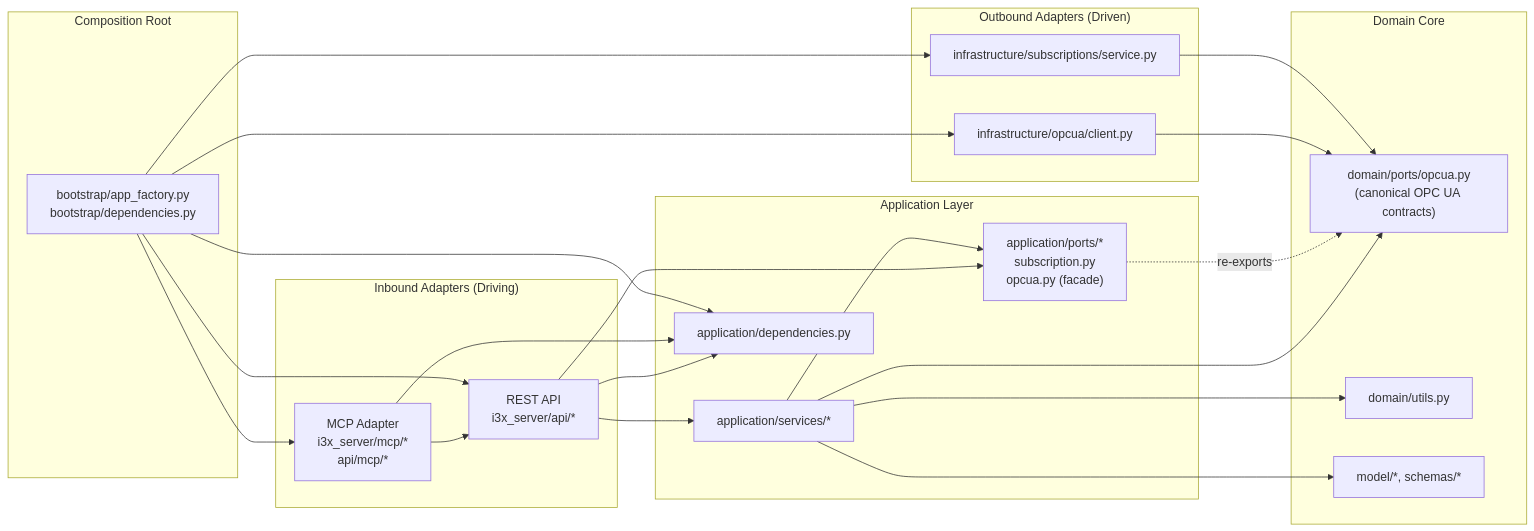
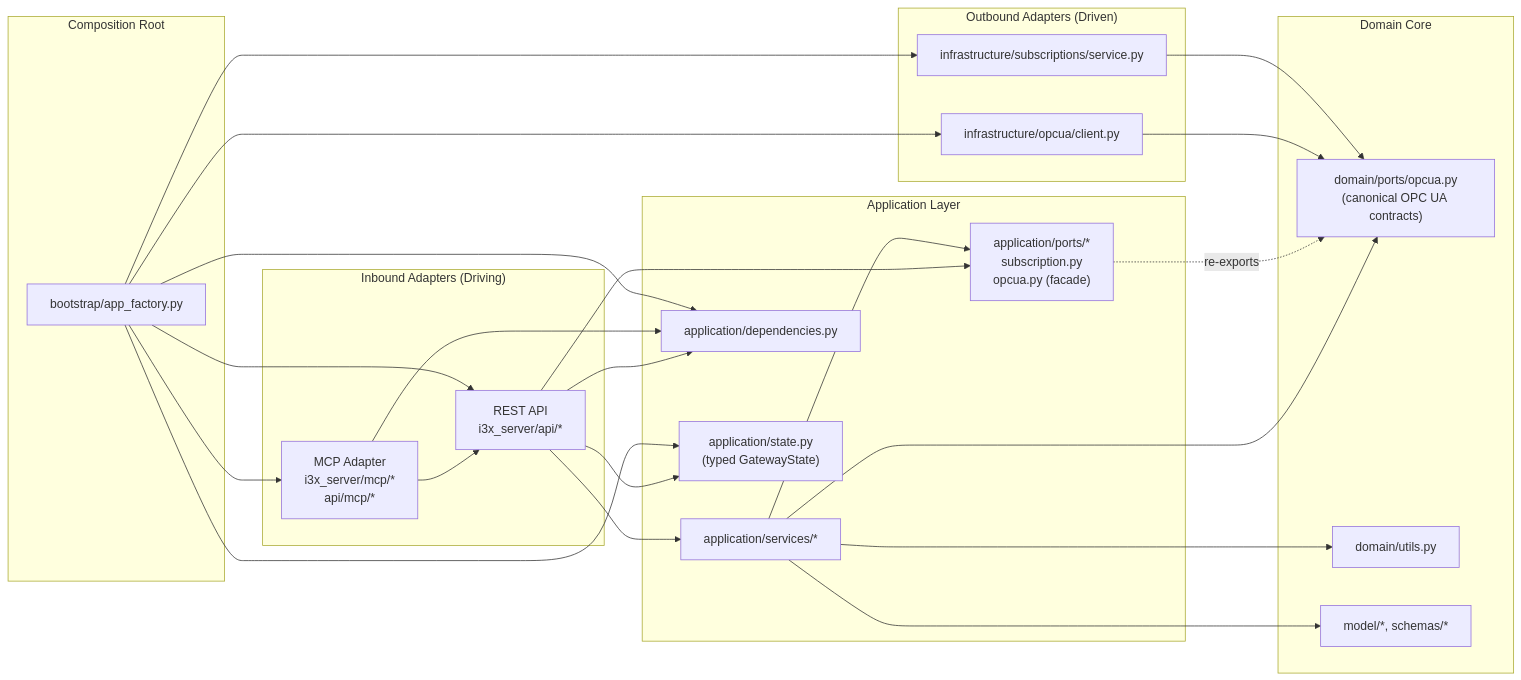
The diagram in docs/architecture.md (AndreasHeine/i3x2ua), drawn with Mermaid before and after one commit. The commit also changed other lines of this file and 38 other files, not shown here.

First line of the commit message:
PR-10: typed app state container + bootstrap layer contract (Phase 10)

````diff
--- a/docs/architecture.md
+++ b/docs/architecture.md
@@ -9,50 +9,53 @@
 ```mermaid
 graph LR
 	subgraph Inbound["Inbound Adapters (Driving)"]
 		REST["REST API\ni3x_server/api/*"]
 		MCP["MCP Adapter\ni3x_server/mcp/*\napi/mcp/*"]
 	end
 
 	subgraph Bootstrap["Composition Root"]
-		BOOT["bootstrap/app_factory.py\nbootstrap/dependencies.py"]
+		BOOT["bootstrap/app_factory.py"]
 	end
 
 	subgraph App["Application Layer"]
 		APP_SVC["application/services/*"]
 		APP_DEP["application/dependencies.py"]
+		APP_STATE["application/state.py\n(typed GatewayState)"]
 		APP_PORTS["application/ports/*\nsubscription.py\nopcua.py (facade)"]
 	end
 
 	subgraph Domain["Domain Core"]
 		DOM_PORTS["domain/ports/opcua.py\n(canonical OPC UA contracts)"]
 		DOM_UTIL["domain/utils.py"]
 		DOM_MODEL["model/*, schemas/*"]
 	end
 
 	subgraph Outbound["Outbound Adapters (Driven)"]
 		OPCUA_ADAPTER["infrastructure/opcua/client.py"]
 		SUB_ADAPTER["infrastructure/subscriptions/service.py"]
 	end
 
 	REST --> APP_SVC
 	REST --> APP_DEP
 	REST --> APP_PORTS
+	REST --> APP_STATE
 	MCP --> REST
 	MCP --> APP_DEP
 
 	BOOT --> REST
 	BOOT --> MCP
 	BOOT --> APP_DEP
+	BOOT --> APP_STATE
 	BOOT --> OPCUA_ADAPTER
 	BOOT --> SUB_ADAPTER
 
 	APP_SVC --> APP_PORTS
 	APP_SVC --> DOM_PORTS
 	APP_SVC --> DOM_UTIL
 	APP_SVC --> DOM_MODEL
 
 	APP_PORTS -."re-exports".-> DOM_PORTS
 
 	OPCUA_ADAPTER --> DOM_PORTS
 	SUB_ADAPTER --> DOM_PORTS
 ```
````
